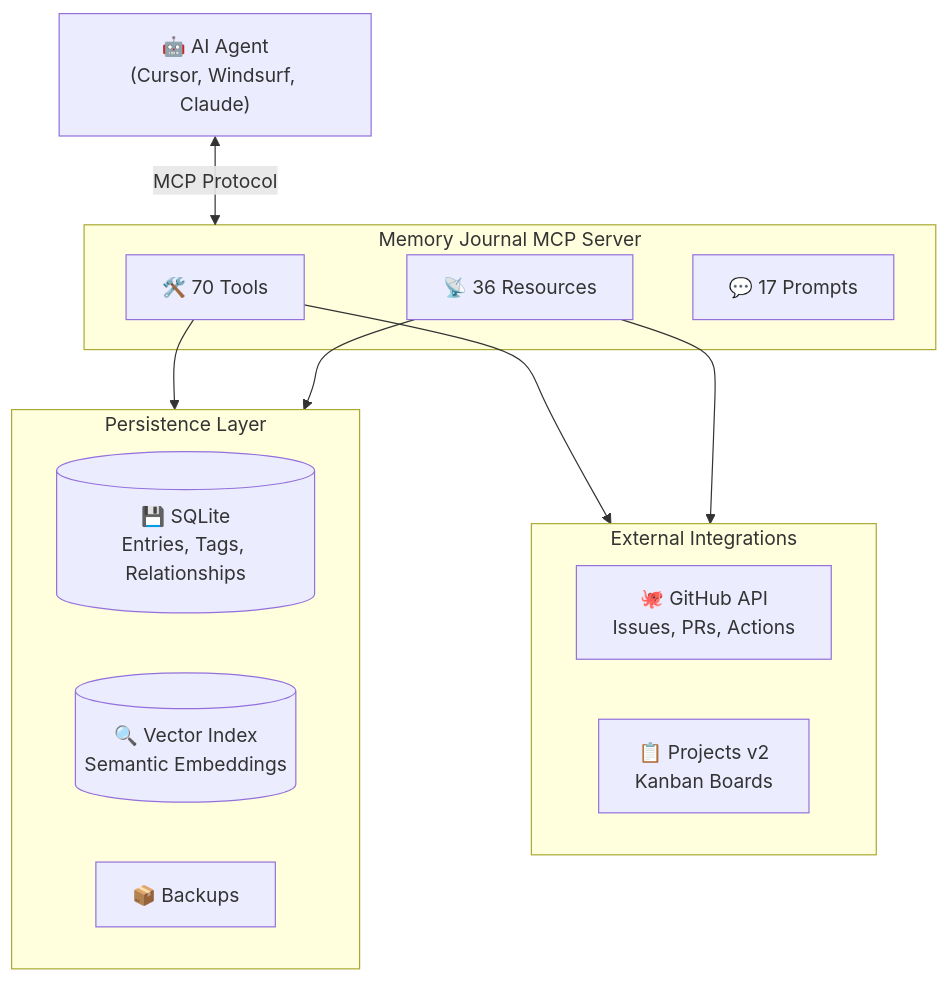
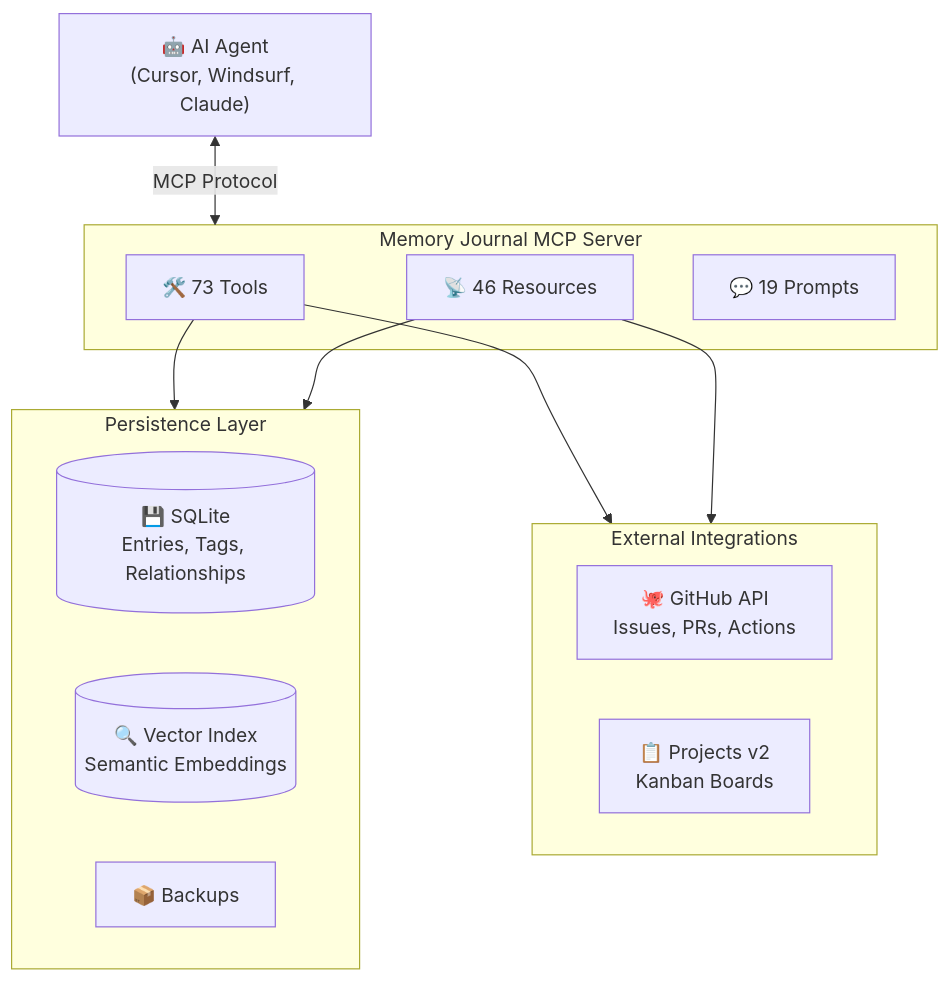
One commit to neverinfamous/memory-journal-mcp changed the second of 2 diagrams in README.md. Above: the diagram before and after it, drawn with Mermaid. The commit also changed other lines of this file and 735 other files, not shown here.

````diff
--- a/README.md
+++ b/README.md
@@ -670,27 +744,27 @@
 ```mermaid
 flowchart TB
     AI["🤖 AI Agent<br/>(Cursor, Windsurf, Claude)"]
 
     subgraph MCP["Memory Journal MCP Server"]
-        Tools["🛠️ 70 Tools"]
-        Resources["📡 36 Resources"]
-        Prompts["💬 17 Prompts"]
+        Tools["🛠️ 73 Tools"]
+        Resources["📡 46 Resources"]
+        Prompts["💬 19 Prompts"]
     end
 
     subgraph Storage["Persistence Layer"]
         SQLite[("💾 SQLite<br/>Entries, Tags, Relationships")]
         Vector[("🔍 Vector Index<br/>Semantic Embeddings")]
         Backups["📦 Backups"]
     end
 
     subgraph External["External Integrations"]
         GitHub["🐙 GitHub API<br/>Issues, PRs, Actions"]
         Kanban["📋 Projects v2<br/>Kanban Boards"]
     end
 
     AI <-->|"MCP Protocol"| MCP
     Tools --> Storage
     Tools --> External
     Resources --> Storage
     Resources --> External
 ```
````
